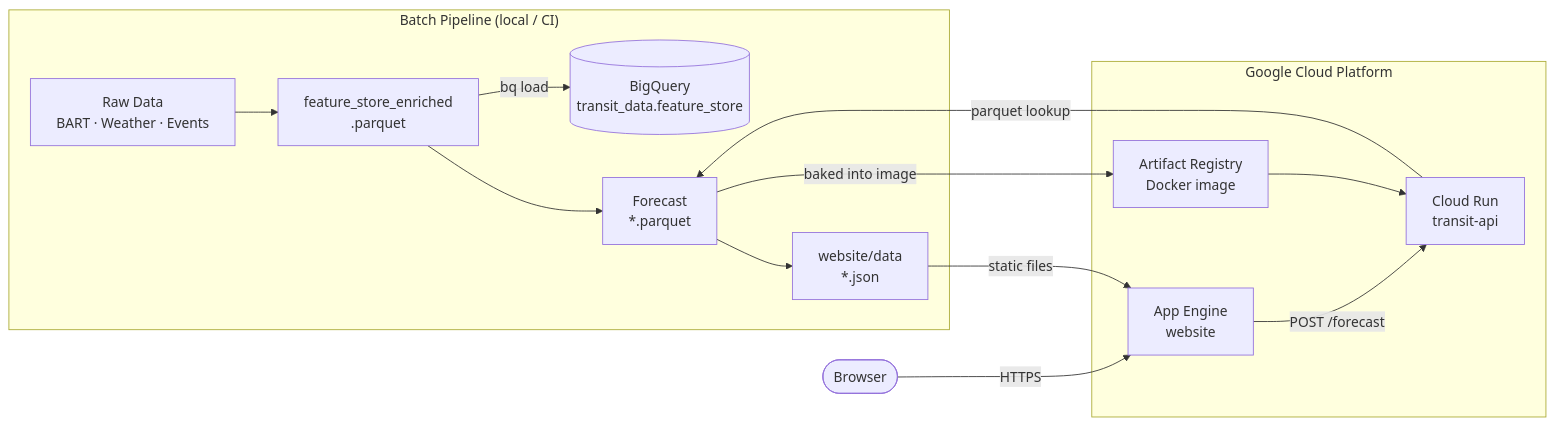
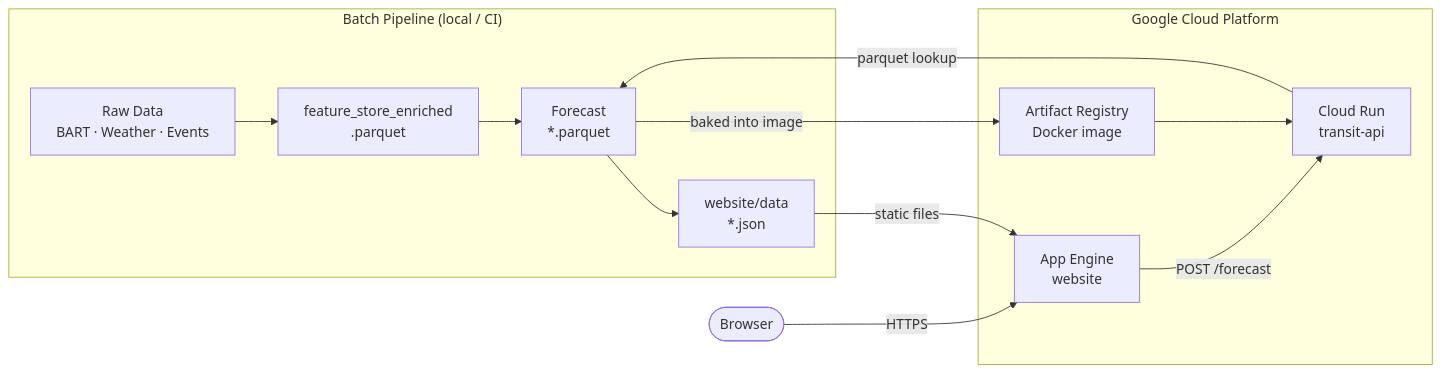
One commit to Dhruv-cs50/transit-demand-forecasting changed the diagram in README.md. Above: the diagram before and after it, drawn with Mermaid. The commit also changed other lines of this file and 6 other files, not shown here.

````diff
--- a/README.md
+++ b/README.md
@@ -261,24 +238,22 @@
 ```mermaid
 flowchart LR
     subgraph Pipeline["Batch Pipeline (local / CI)"]
         RAW[Raw Data\nBART · Weather · Events]
         FS[feature_store_enriched\n.parquet]
         FC[Forecast\n*.parquet]
         JSON[website/data\n*.json]
         RAW --> FS --> FC --> JSON
-        FS -->|bq load| BQ
     end
 
     subgraph GCP["Google Cloud Platform"]
-        BQ[(BigQuery\ntransit_data.feature_store)]
         AR[Artifact Registry\nDocker image]
         CR[Cloud Run\ntransit-api]
         GAE[App Engine\nwebsite]
         FC -->|baked into image| AR --> CR
         JSON -->|static files| GAE
     end
 
     USER([Browser]) -->|HTTPS| GAE
     GAE -->|POST /forecast| CR
     CR -->|parquet lookup| FC
 ```
````
